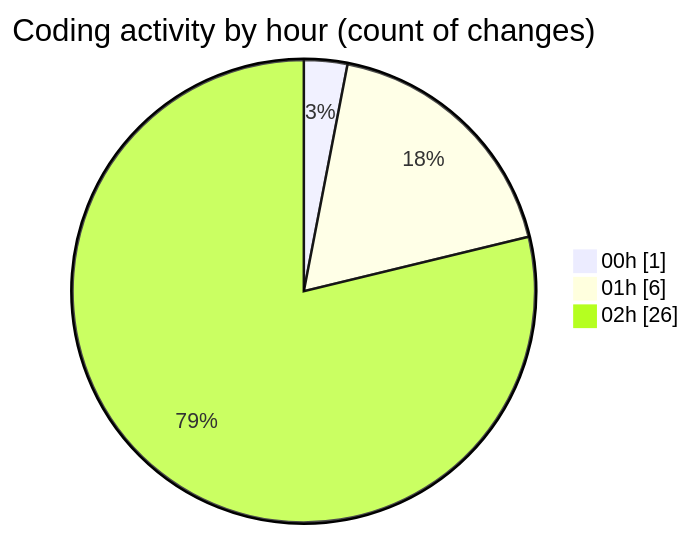
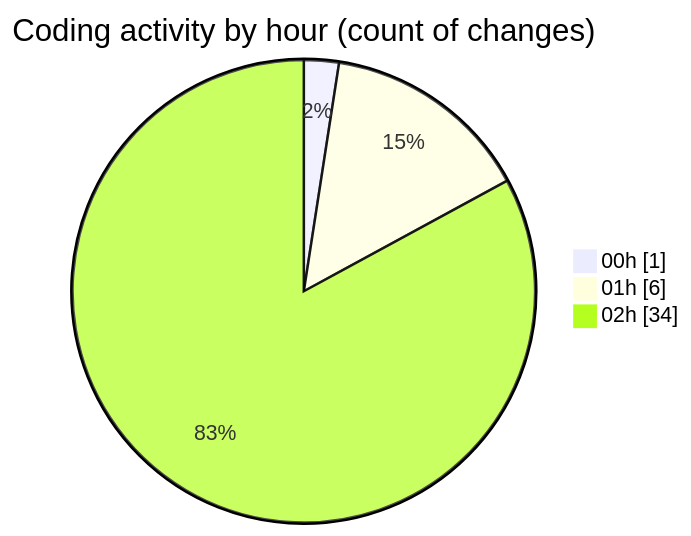
The second of 2 diagrams in 2025-11-22/eventscop-frontend-guide__workspace_/README.md (julien-gomy/code-tracking), drawn with Mermaid before and after one commit. The commit also changed other lines of this file and 1 other file, not shown here.

````diff
--- a/2025-11-22/eventscop-frontend-guide__workspace_/README.md
+++ b/2025-11-22/eventscop-frontend-guide__workspace_/README.md
@@ -40,7 +42,7 @@
 ```mermaid
 pie showData
 title Coding activity by hour (count of changes)
 "00h" : 1
 "01h" : 6
-"02h" : 26
+"02h" : 34
 ```
````
